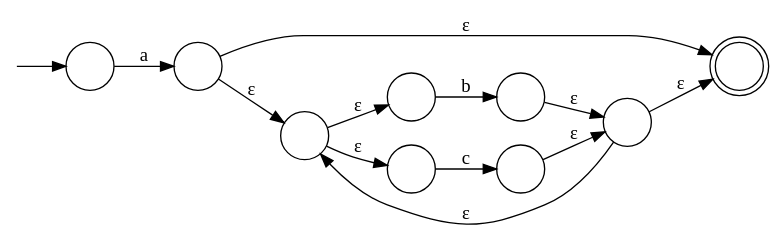
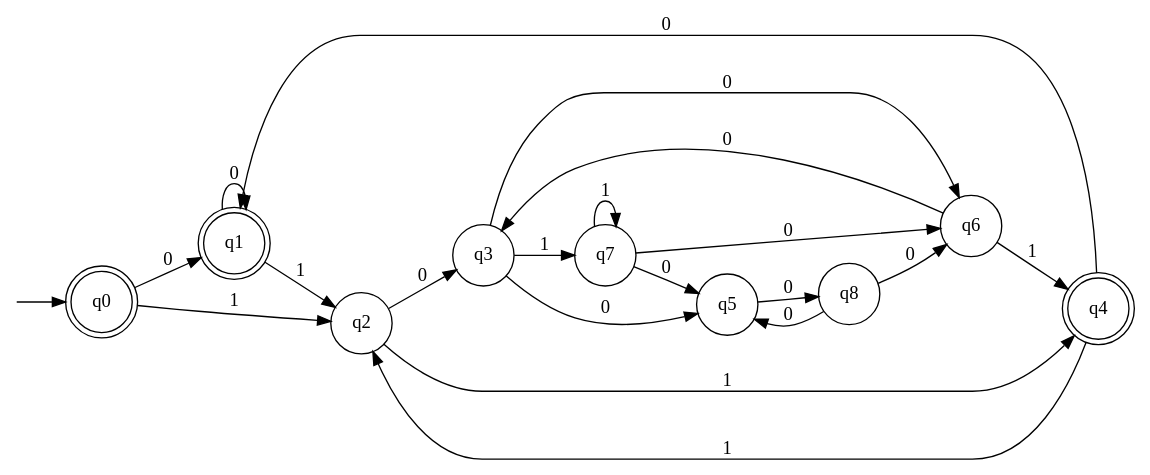
One commit to water-mizuu/finite_automata_conversion changed the diagram in nfa_e.dot. Above: the diagram before and after it, drawn with Graphviz. The commit also changed 10 other files, not shown here.

```diff
--- a/nfa_e.dot
+++ b/nfa_e.dot
@@ -1,25 +1,33 @@
 digraph G {
   rankdir=LR;
   n__ [label="" shape=none width=.0];
-  0 [shape=circle label=""]
-  2 [shape=circle label=""]
-  3 [shape=doublecircle label=""]
-  4 [shape=circle label=""]
-  5 [shape=circle label=""]
-  6 [shape=circle label=""]
-  7 [shape=circle label=""]
-  8 [shape=circle label=""]
-  9 [shape=circle label=""]
+  0 [shape=doublecircle label="q0"]
+  1 [shape=doublecircle label="q1"]
+  2 [shape=circle label="q2"]
+  3 [shape=circle label="q3"]
+  4 [shape=circle label="q7"]
+  5 [shape=circle label="q5"]
+  6 [shape=circle label="q8"]
+  7 [shape=circle label="q6"]
+  8 [shape=doublecircle label="q4"]
   n__ -> 0;
-  0 -> 2 [label="a"]
-  6 -> 7 [label="b"]
-  8 -> 9 [label="c"]
-  4 -> 6 [label="ε"]
-  4 -> 8 [label="ε"]
-  7 -> 5 [label="ε"]
-  9 -> 5 [label="ε"]
-  2 -> 4 [label="ε"]
-  2 -> 3 [label="ε"]
-  5 -> 4 [label="ε"]
-  5 -> 3 [label="ε"]
+  0 -> 1 [label="0"]
+  0 -> 2 [label="1"]
+  1 -> 1 [label="0"]
+  1 -> 2 [label="1"]
+  2 -> 3 [label="0"]
+  2 -> 8 [label="1"]
+  3 -> 5 [label="0"]
+  3 -> 7 [label="0"]
+  3 -> 4 [label="1"]
+  4 -> 5 [label="0"]
+  4 -> 7 [label="0"]
+  4 -> 4 [label="1"]
+  5 -> 6 [label="0"]
+  6 -> 5 [label="0"]
+  6 -> 7 [label="0"]
+  7 -> 3 [label="0"]
+  7 -> 8 [label="1"]
+  8 -> 1 [label="0"]
+  8 -> 2 [label="1"]
 }
```
